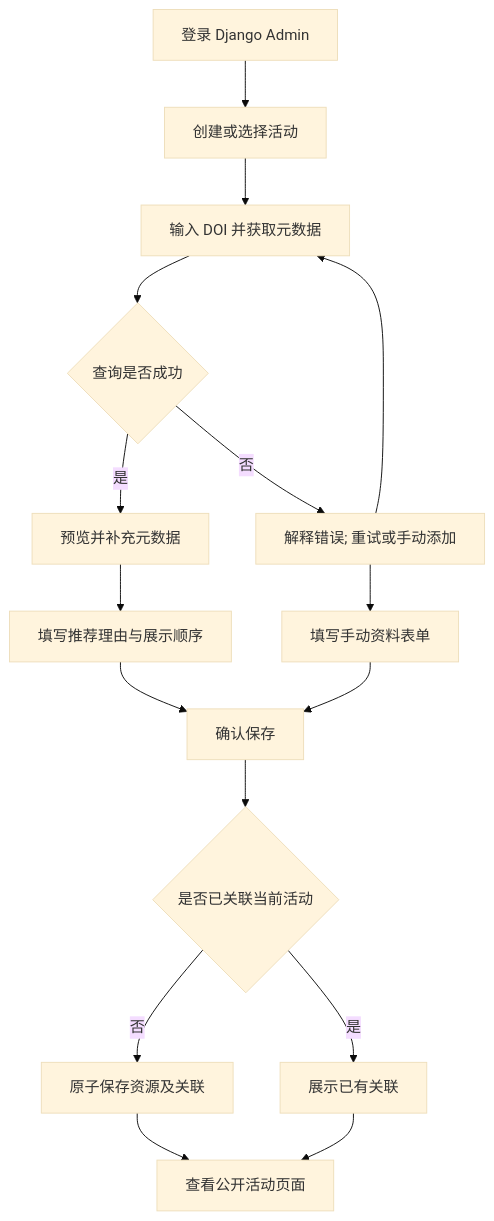
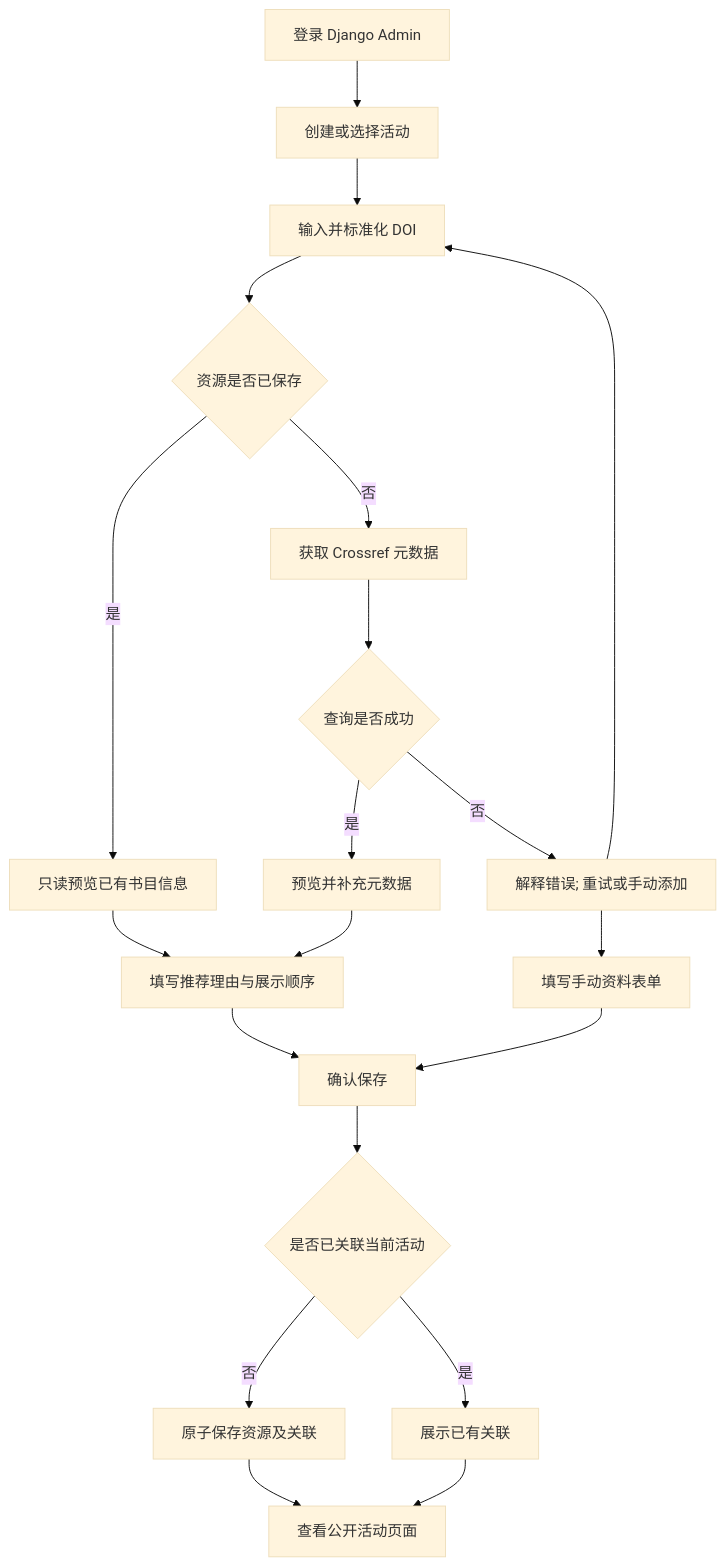
Before and after one commit to 1uxury/psych-talk-hub: the second of 2 diagrams in memory-bank/design-document.zh-CN.md, drawn with Mermaid (base theme). The commit also changed other lines of this file and 43 other files, not shown here.

````diff
--- a/memory-bank/design-document.zh-CN.md
+++ b/memory-bank/design-document.zh-CN.md
@@ -206,18 +227,22 @@
 ```mermaid
 flowchart TD
     A[登录 Django Admin] --> B[创建或选择活动]
-    B --> C[输入 DOI 并获取元数据]
-    C --> D{查询是否成功}
+    B --> C[输入并标准化 DOI]
+    C --> X{资源是否已保存}
+    X -->|是| Y[只读预览已有书目信息]
+    Y --> G[填写推荐理由与展示顺序]
+    X -->|否| N[获取 Crossref 元数据]
+    N --> D{查询是否成功}
     D -->|否| E[解释错误; 重试或手动添加]
     E --> C
     E --> M[填写手动资料表单]
     D -->|是| F[预览并补充元数据]
-    F --> G[填写推荐理由与展示顺序]
+    F --> G
     G --> H[确认保存]
     M --> H
     H --> I{是否已关联当前活动}
     I -->|是| J[展示已有关联]
     I -->|否| K[原子保存资源及关联]
     K --> L[查看公开活动页面]
     J --> L
 ```
````
